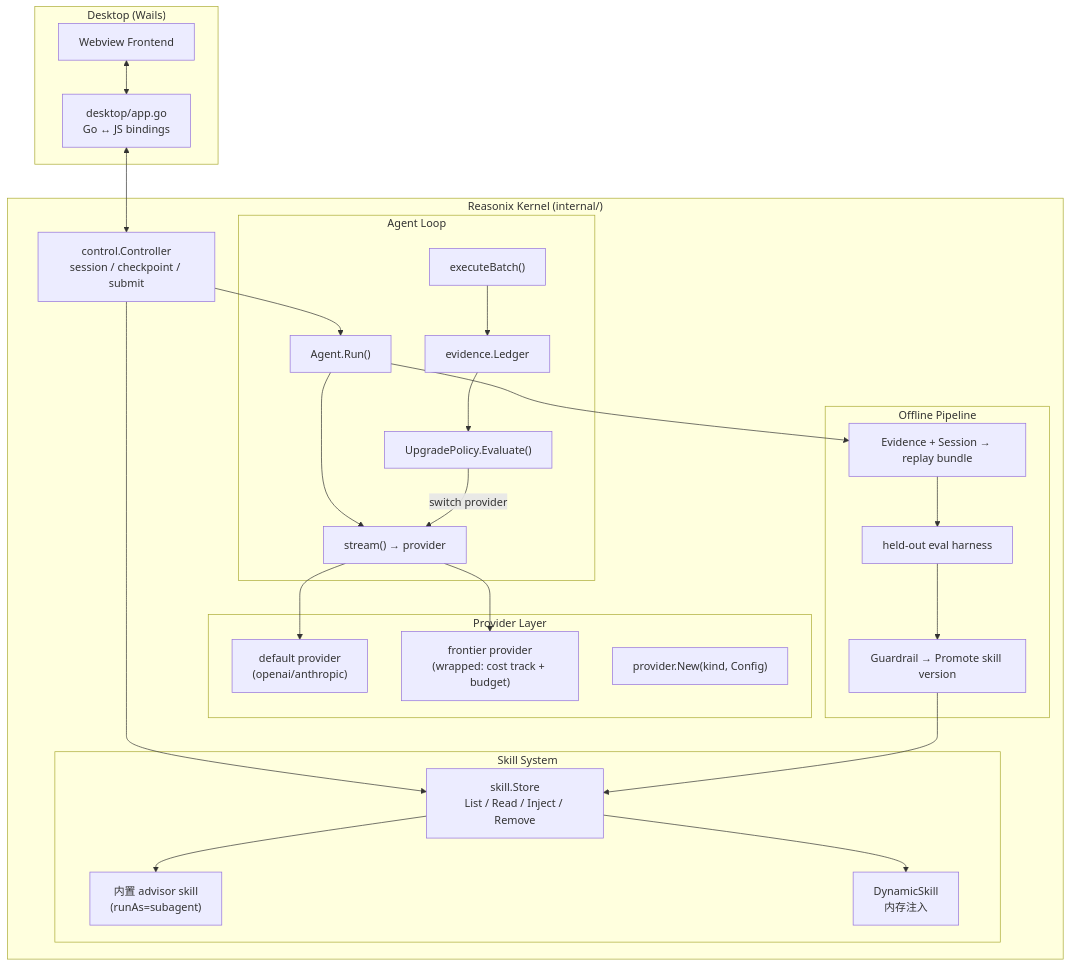
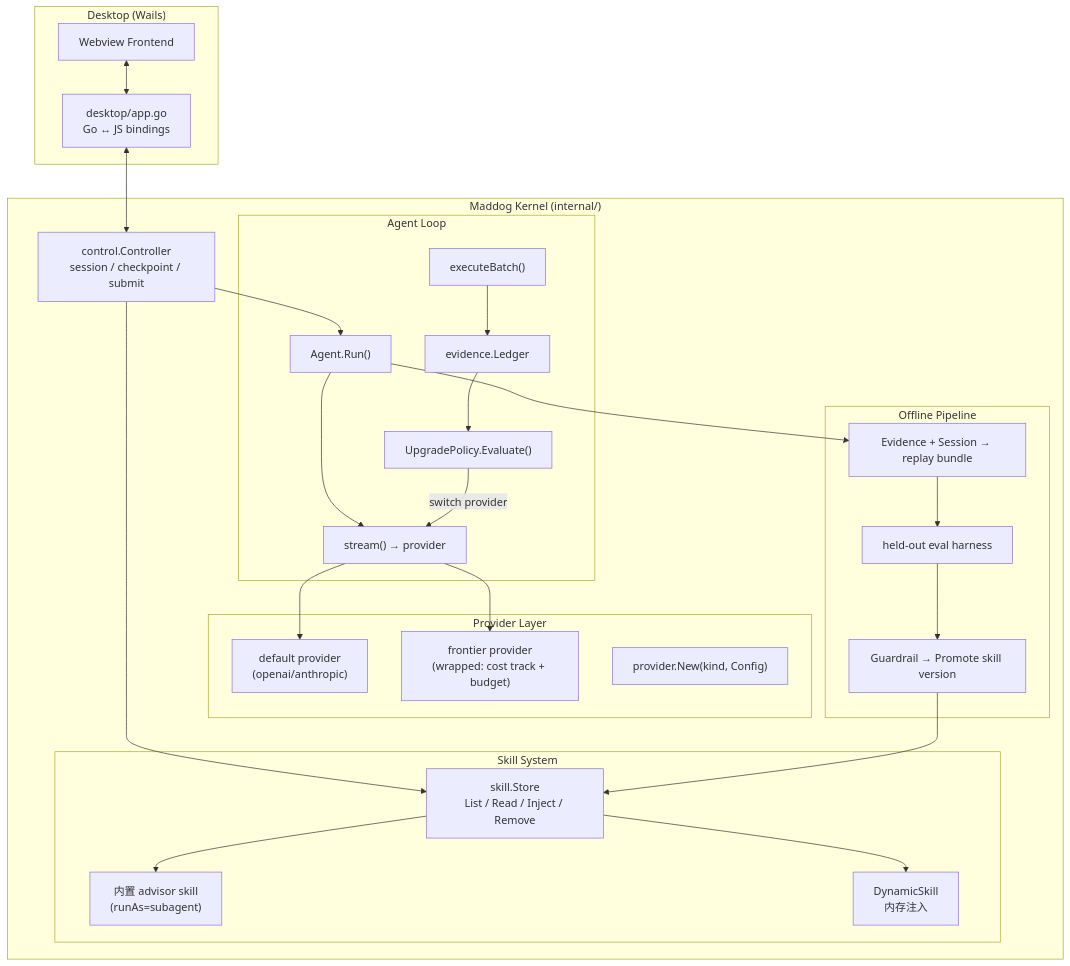
Before and after one commit to sekkit/maddog: the first of 5 diagrams in docs/cc/maddog-fusion--3949/tech.md, drawn with Mermaid. The commit also changed other lines of this file and 1472 other files, not shown here.

````diff
--- a/docs/cc/maddog-fusion--3949/tech.md
+++ b/docs/cc/maddog-fusion--3949/tech.md
@@ -134,54 +134,54 @@
 ```mermaid
 flowchart TB
     subgraph Desktop["Desktop (Wails)"]
         UI["Webview Frontend"]
         App["desktop/app.go\nGo ↔ JS bindings"]
     end
 
-    subgraph Kernel["Reasonix Kernel (internal/)"]
+    subgraph Kernel["Maddog Kernel (internal/)"]
         Ctrl["control.Controller\nsession / checkpoint / submit"]
 
         subgraph AgentLoop["Agent Loop"]
             Run["Agent.Run()"]
             Stream["stream() → provider"]
             Exec["executeBatch()"]
             UP["UpgradePolicy.Evaluate()"]
             Ev["evidence.Ledger"]
         end
 
         subgraph Skills["Skill System"]
             Store["skill.Store\nList / Read / Inject / Remove"]
             Advisor["内置 advisor skill\n(runAs=subagent)"]
             DynSkill["DynamicSkill\n内存注入"]
         end
 
         subgraph Providers["Provider Layer"]
             DefaultP["default provider\n(openai/anthropic)"]
             FrontierP["frontier provider\n(wrapped: cost track + budget)"]
             Registry["provider.New(kind, Config)"]
         end
 
         subgraph Replay["Offline Pipeline"]
             Capture["Evidence + Session → replay bundle"]
             Eval["held-out eval harness"]
             Promote["Guardrail → Promote skill version"]
         end
     end
 
     UI <--> App
     App <--> Ctrl
     Ctrl --> Run
     Run --> Stream
     Stream --> DefaultP
     Stream --> FrontierP
     Exec --> Ev
     Ev --> UP
     UP -->|"switch provider"| Stream
     Ctrl --> Store
     Store --> Advisor
     Store --> DynSkill
     Run --> Capture
     Capture --> Eval
     Eval --> Promote
     Promote --> Store
 ```
````
